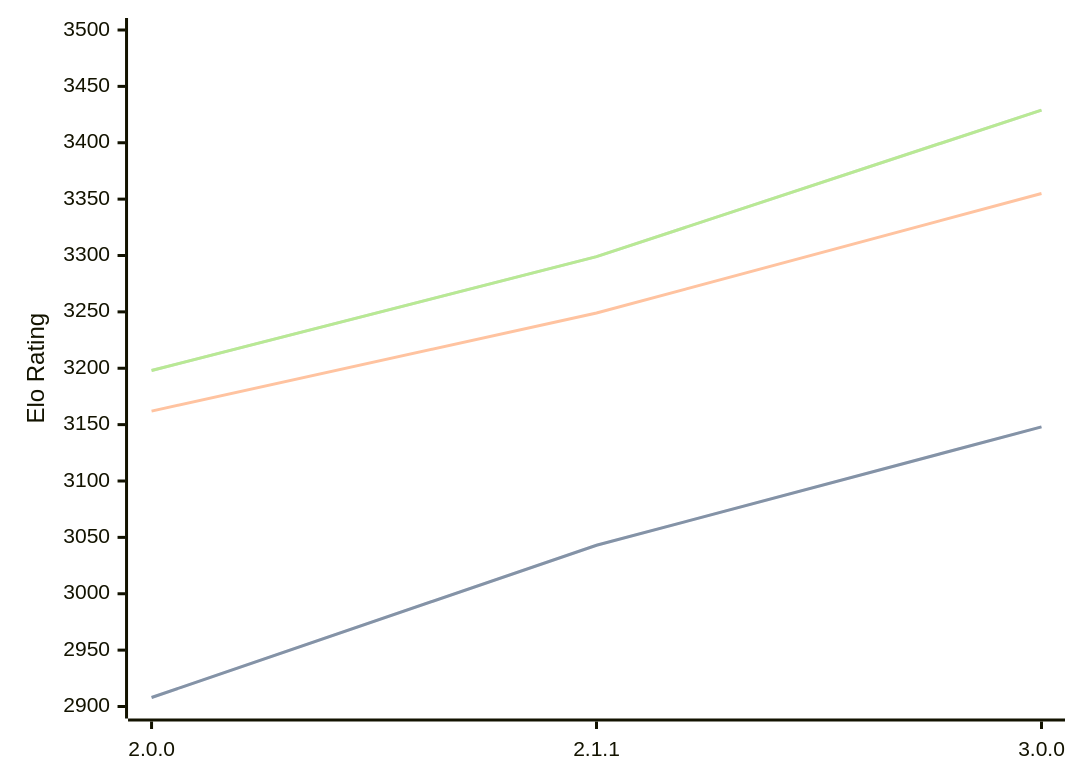
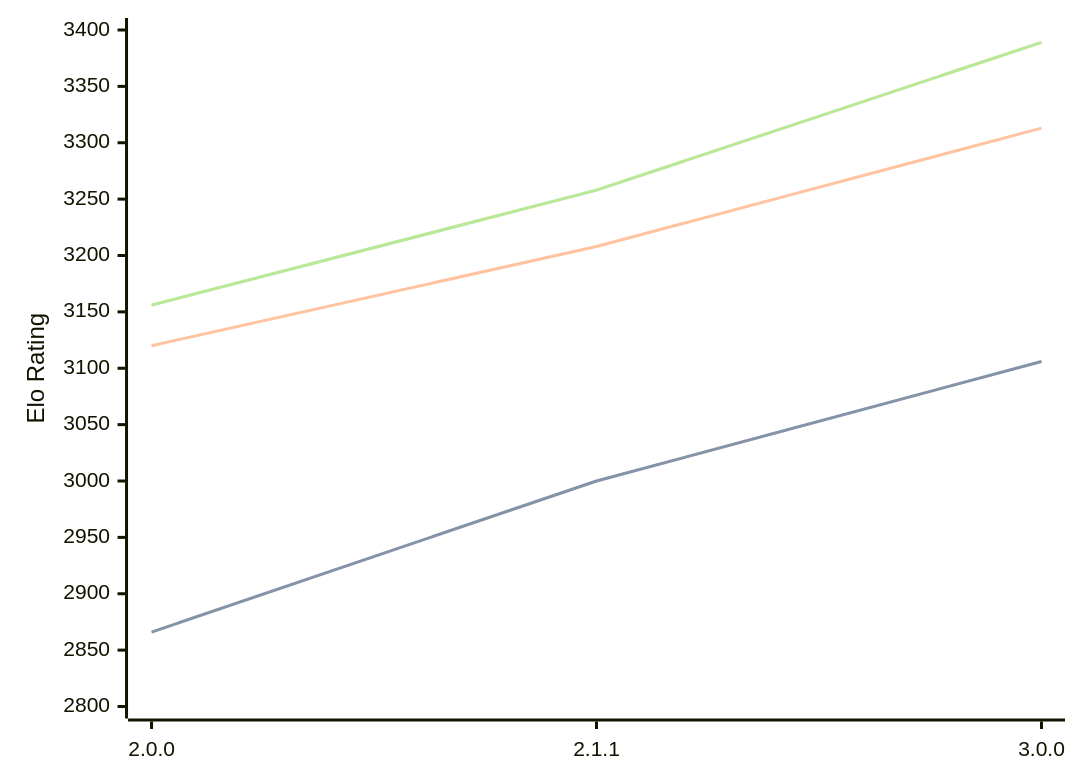
One commit to computer-chess-index/cci changed the diagram in engines/Bread.md. Above: the diagram before and after it, drawn with Mermaid. The commit also changed other lines of this file, not shown here.

Commit message:
Update CCI Ratings (ELO VLTC) - 2026-05-19

````diff
--- a/engines/Bread.md
+++ b/engines/Bread.md
@@ -51,11 +51,11 @@
 ```mermaid
 %%{init: {"theme":"base","themeVariables":{"seriesColors:['#a3a3a3','#222221','#faa371']}}}%%
 xychart-beta
   x-axis ["2.0.0", "2.1.1", "3.0.0"]
-  y-axis "Elo Rating" 2900 --> 3500
-  line "STC (8.0+0.08s)" [2908, 3043, 3148]
-  line "STC (8.0+0.08s)" [2908, 3043, 3148]
-  line "LTC (60.0+0.60s)" [3162, 3249, 3355]
-  line "VLTC (2m24s+1.12s)" [3198, 3299, 3429]
-  line "VLTC (2m24s+1.12s)" [3198, 3299, 3429]
+  y-axis "Elo Rating" 2800 --> 3400
+  line "STC (8.0+0.08s)" [2866, 3000, 3106]
+  line "STC (8.0+0.08s)" [2866, 3000, 3106]
+  line "LTC (60.0+0.60s)" [3120, 3208, 3313]
+  line "VLTC (2m24s+1.12s)" [3156, 3258, 3389]
+  line "VLTC (2m24s+1.12s)" [3156, 3258, 3389]
 ```
````
